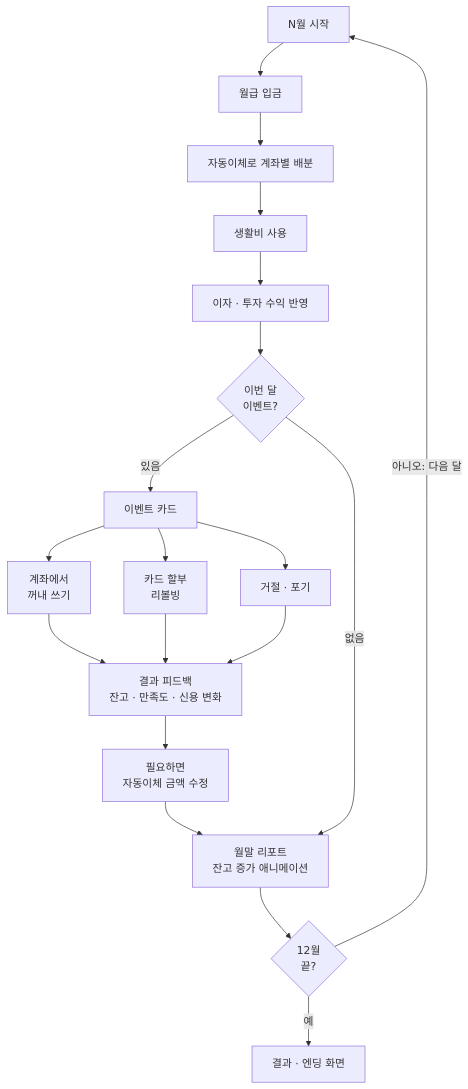
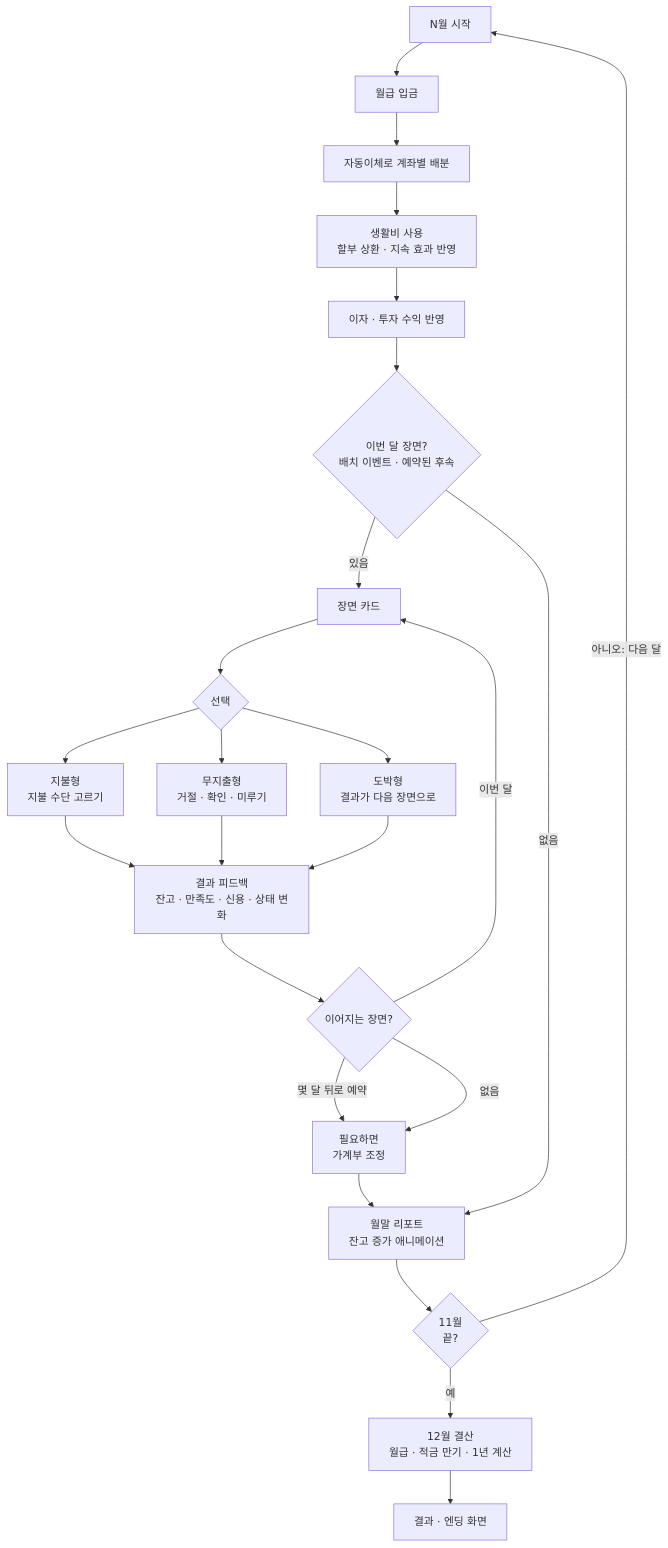
Before and after one commit to tasoo-oos/computer-subject-teaching-team-12-meterial: the second of 4 diagrams in 가계부-시나리오-수업-기획서.md, drawn with Mermaid. The commit also changed other lines of this file, not shown here.

````diff
--- a/가계부-시나리오-수업-기획서.md
+++ b/가계부-시나리오-수업-기획서.md
@@ -201,21 +204,26 @@
 ```mermaid
 flowchart TD
     S["N월 시작"] --> P["월급 입금"]
     P --> T["자동이체로 계좌별 배분"]
-    T --> V["생활비 사용"]
+    T --> V["생활비 사용<br/>할부 상환 · 지속 효과 반영"]
     V --> I["이자 · 투자 수익 반영"]
-    I --> Q{"이번 달<br/>이벤트?"}
-    Q -->|"있음"| E["이벤트 카드"]
-    E --> C1["계좌에서<br/>꺼내 쓰기"]
-    E --> C2["카드 할부<br/>리볼빙"]
-    E --> C3["거절 · 포기"]
-    C1 --> F["결과 피드백<br/>잔고 · 만족도 · 신용 변화"]
+    I --> Q{"이번 달 장면?<br/>배치 이벤트 · 예약된 후속"}
+    Q -->|"있음"| E["장면 카드"]
+    E --> C{"선택"}
+    C --> C1["지불형<br/>지불 수단 고르기"]
+    C --> C2["무지출형<br/>거절 · 확인 · 미루기"]
+    C --> C3["도박형<br/>결과가 다음 장면으로"]
+    C1 --> F["결과 피드백<br/>잔고 · 만족도 · 신용 · 상태 변화"]
     C2 --> F
     C3 --> F
-    F --> H["필요하면<br/>자동이체 금액 수정"]
+    F --> X{"이어지는 장면?"}
+    X -->|"이번 달"| E
+    X -->|"몇 달 뒤로 예약"| H
+    X -->|"없음"| H["필요하면<br/>가계부 조정"]
     H --> R["월말 리포트<br/>잔고 증가 애니메이션"]
     Q -->|"없음"| R
-    R --> N{"12월<br/>끝?"}
+    R --> N{"11월<br/>끝?"}
     N -->|"아니오: 다음 달"| S
-    N -->|"예"| Z["결과 · 엔딩 화면"]
+    N -->|"예"| Z["12월 결산<br/>월급 · 적금 만기 · 1년 계산"]
+    Z --> END["결과 · 엔딩 화면"]
 ```
````
